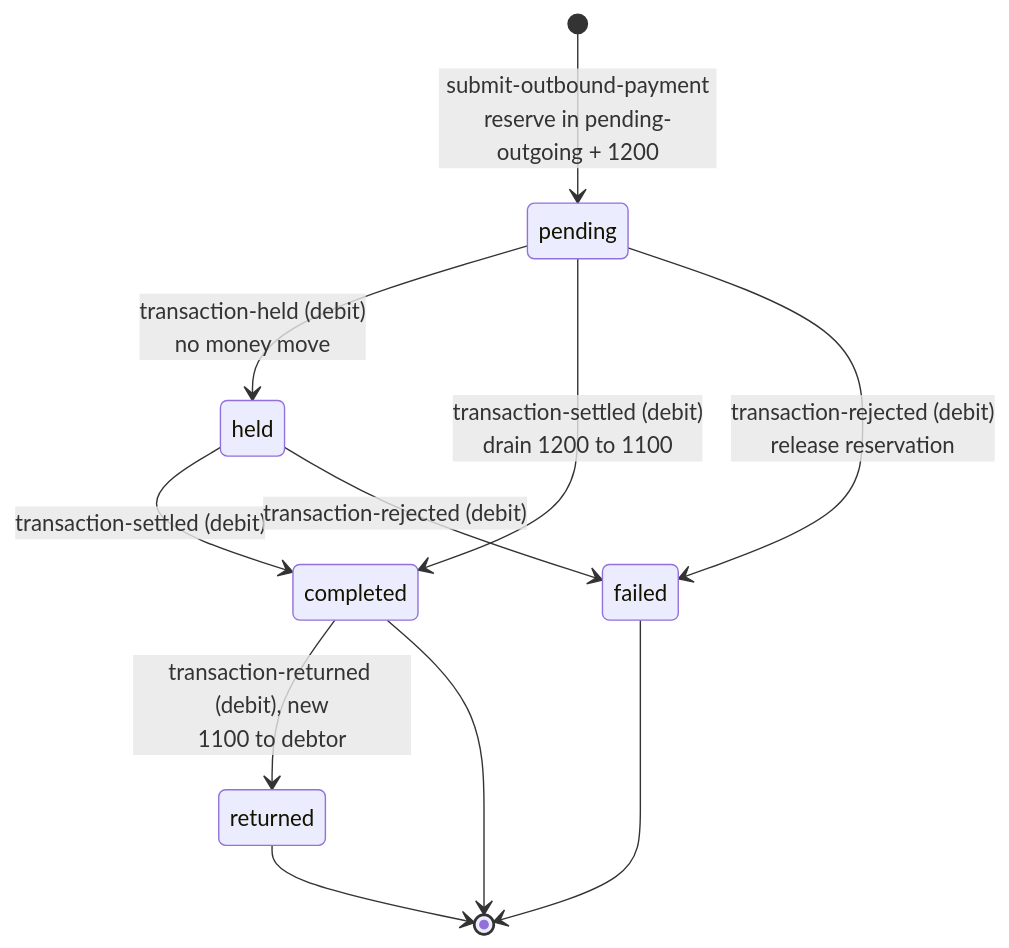
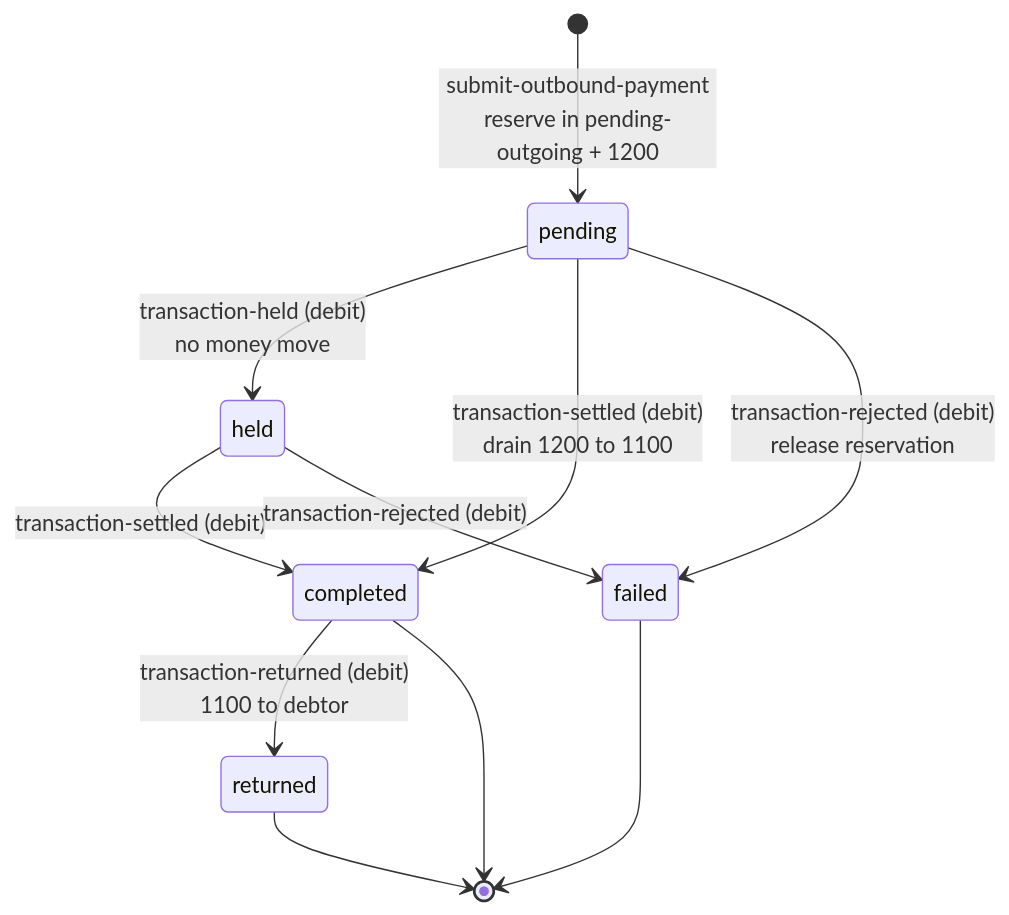
One commit to repldriven/queenswood changed the first of 2 diagrams in docs/tdd/payments.md. Above: the diagram before and after it, drawn with Mermaid. The commit also changed other lines of this file and 31 other files, not shown here.

````diff
--- a/docs/tdd/payments.md
+++ b/docs/tdd/payments.md
@@ -530,13 +533,13 @@
 ```mermaid
 stateDiagram-v2
     [*] --> pending: submit-outbound-payment<br/>reserve in pending-outgoing + 1200
     pending --> held: transaction-held (debit)<br/>no money move
     pending --> completed: transaction-settled (debit)<br/>drain 1200 to 1100
     pending --> failed: transaction-rejected (debit)<br/>release reservation
     held --> completed: transaction-settled (debit)
     held --> failed: transaction-rejected (debit)
-    completed --> returned: transaction-returned (debit), new<br/>1100 to debtor
+    completed --> returned: transaction-returned (debit)<br/>1100 to debtor
     completed --> [*]
     failed --> [*]
     returned --> [*]
 ```
````
